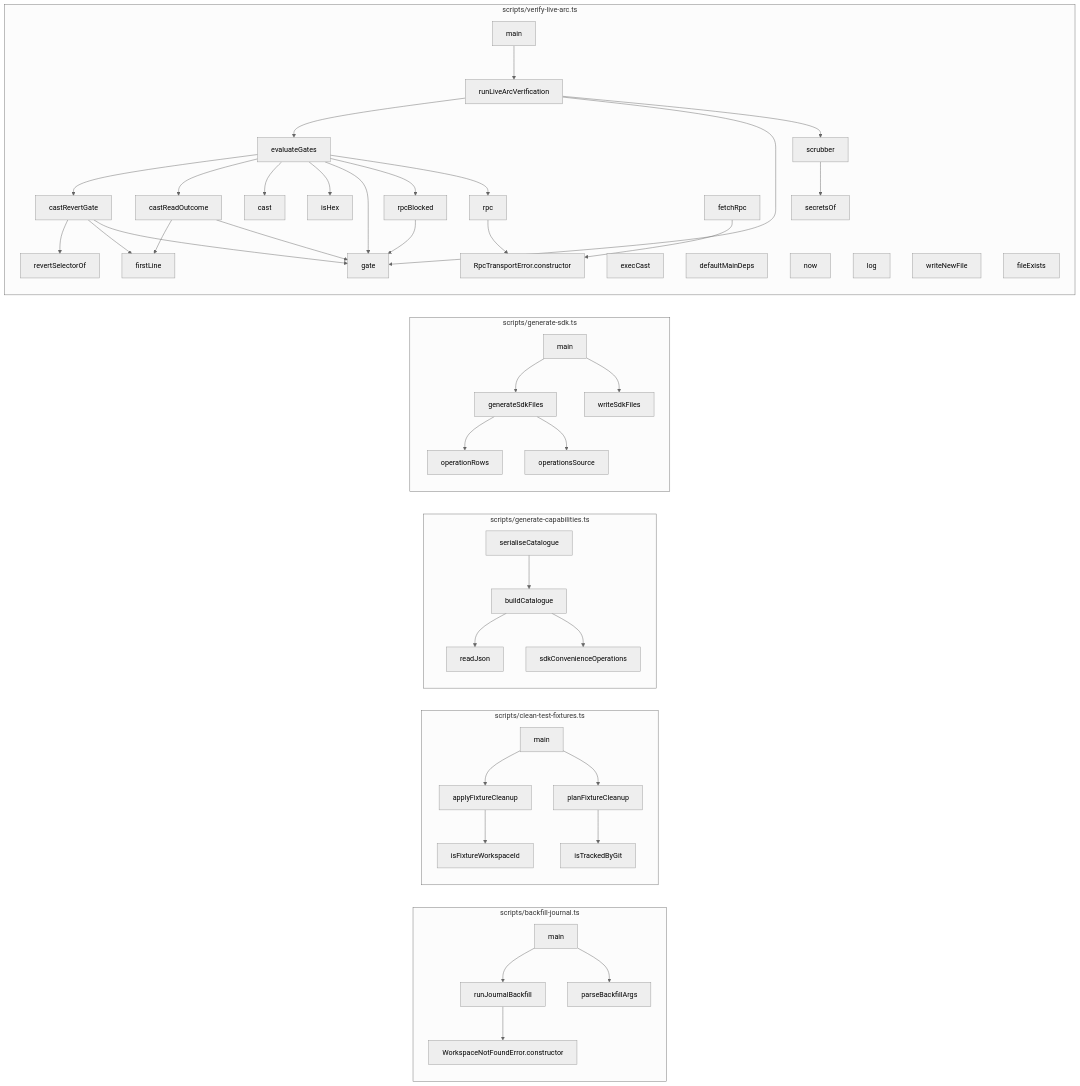
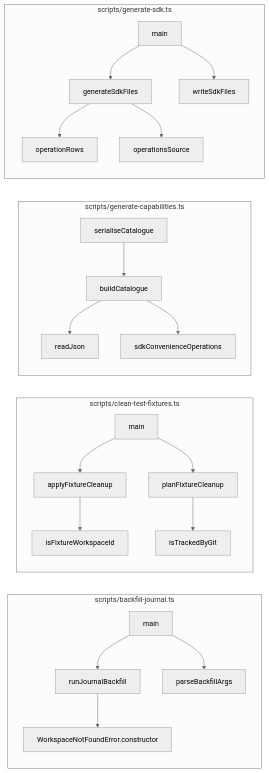
Before and after one commit to Jaydearcadian/bind: the ninth of 11 diagrams in docs/CODEBASE_MAP.md, drawn with Mermaid (neutral theme). The commit also changed other lines of this file, not shown here.

````diff
--- a/docs/CODEBASE_MAP.md
+++ b/docs/CODEBASE_MAP.md
@@ -286,30 +968,6 @@
     n48["writeSdkFiles"]
     n49["main"]
   end
-  subgraph F4["scripts/verify-live-arc.ts"]
-    n50["RpcTransportError.constructor"]
-    n51["secretsOf"]
-    n52["scrubber"]
-    n53["revertSelectorOf"]
-    n54["firstLine"]
-    n55["isHex"]
-    n56["gate"]
-    n57["rpcBlocked"]
-    n58["castReadOutcome"]
-    n59["castRevertGate"]
-    n60["runLiveArcVerification"]
-    n61["evaluateGates"]
-    n62["rpc"]
-    n63["cast"]
-    n64["execCast"]
-    n65["fetchRpc"]
-    n66["defaultMainDeps"]
-    n67["now"]
-    n68["log"]
-    n69["writeNewFile"]
-    n70["fileExists"]
-    n71["main"]
-  end
   n34 --> n32
   n35 --> n33
   n35 --> n34
@@ -324,24 +982,4 @@
   n47 --> n46
   n49 --> n48
   n49 --> n47
-  n52 --> n51
-  n57 --> n56
-  n58 --> n56
-  n58 --> n54
-  n59 --> n56
-  n59 --> n54
-  n59 --> n53
-  n60 --> n52
-  n60 --> n56
-  n60 --> n61
-  n61 --> n62
-  n61 --> n57
-  n61 --> n56
-  n61 --> n55
-  n61 --> n63
-  n61 --> n58
-  n61 --> n59
-  n62 --> n50
-  n65 --> n50
-  n71 --> n60
 ```
````
